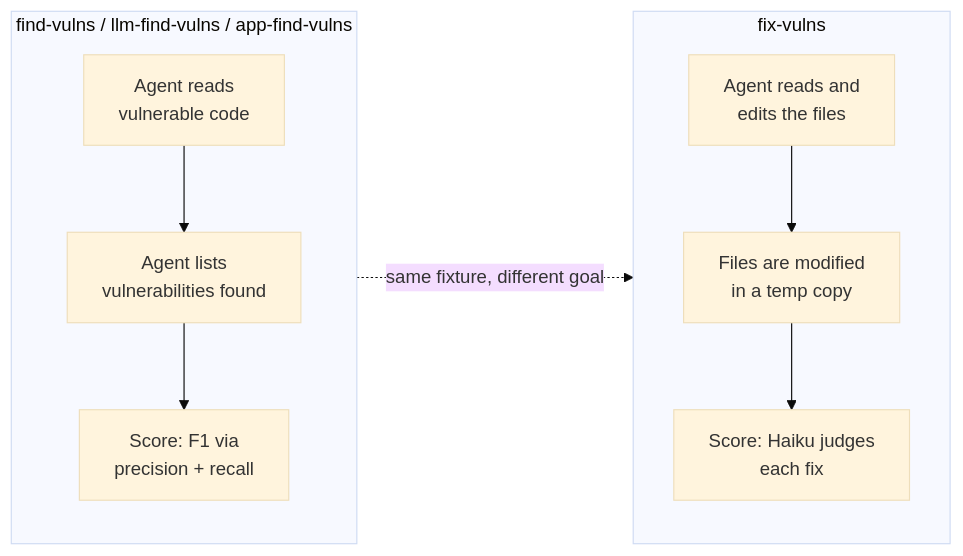
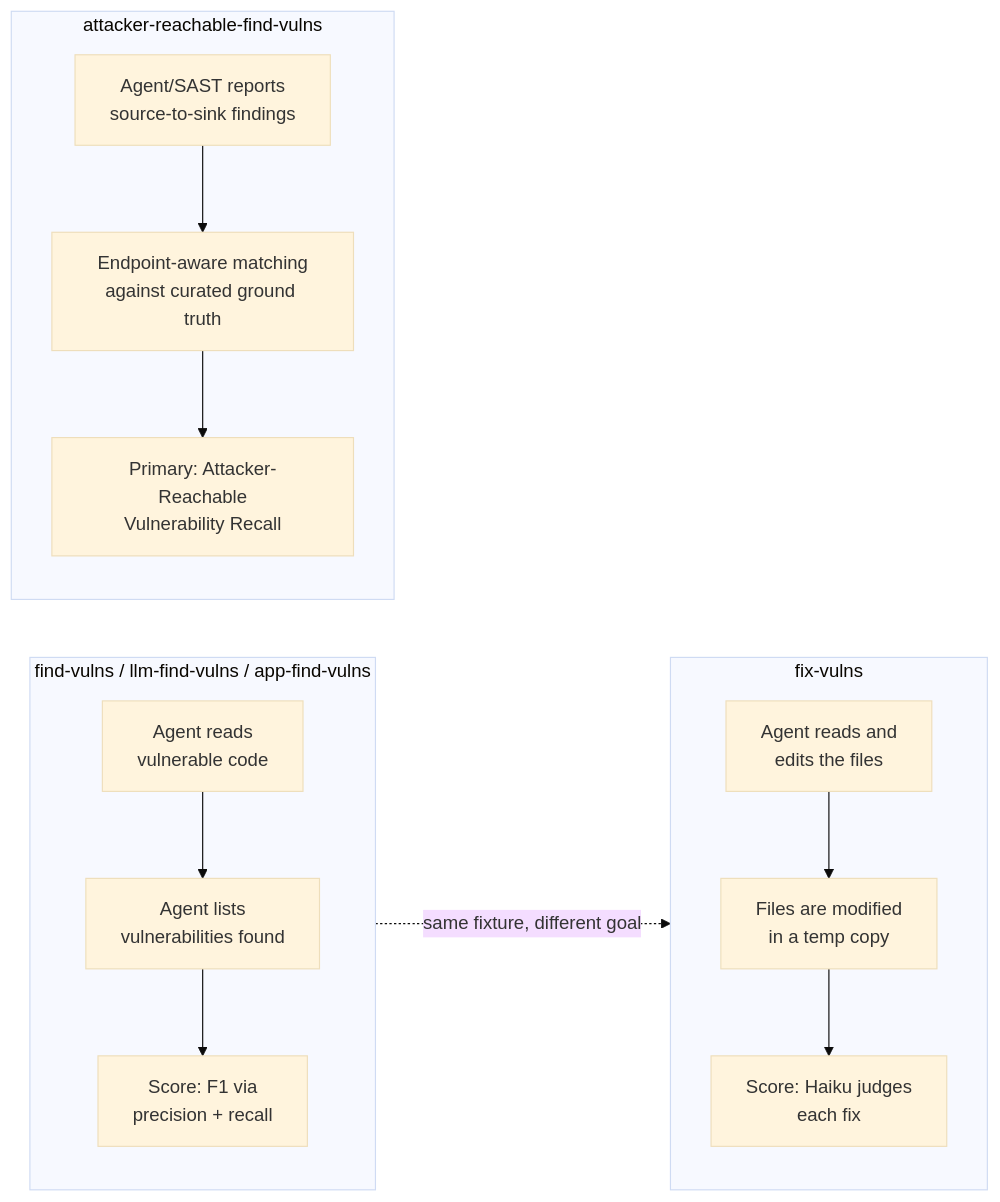
One commit to snyk-labs/snyk-vulnbench changed the third of 6 diagrams in docs/benchmark.md. Above: the diagram before and after it, drawn with Mermaid (base theme). The commit also changed other lines of this file and 17 other files, not shown here.

````diff
--- a/docs/benchmark.md
+++ b/docs/benchmark.md
@@ -234,18 +231,25 @@
 ```mermaid
 flowchart LR
     subgraph findCategories["find-vulns / llm-find-vulns / app-find-vulns"]
         direction TB
         FV1["Agent reads\nvulnerable code"] --> FV2
         FV2["Agent lists\nvulnerabilities found"] --> FV3
         FV3["Score: F1 via\nprecision + recall"]
+    end
+
+    subgraph AR["attacker-reachable-find-vulns"]
+        direction TB
+        AR1["Agent/SAST reports\nsource-to-sink findings"] --> AR2
+        AR2["Endpoint-aware matching\nagainst curated ground truth"] --> AR3
+        AR3["Primary: Attacker-Reachable\nVulnerability Recall"]
     end
 
     subgraph FX["fix-vulns"]
         direction TB
         FX1["Agent reads and\nedits the files"] --> FX2
         FX2["Files are modified\nin a temp copy"] --> FX3
         FX3["Score: Haiku judges\neach fix"]
     end
 
     findCategories -. "same fixture, different goal" .-> FX
 ```
````
